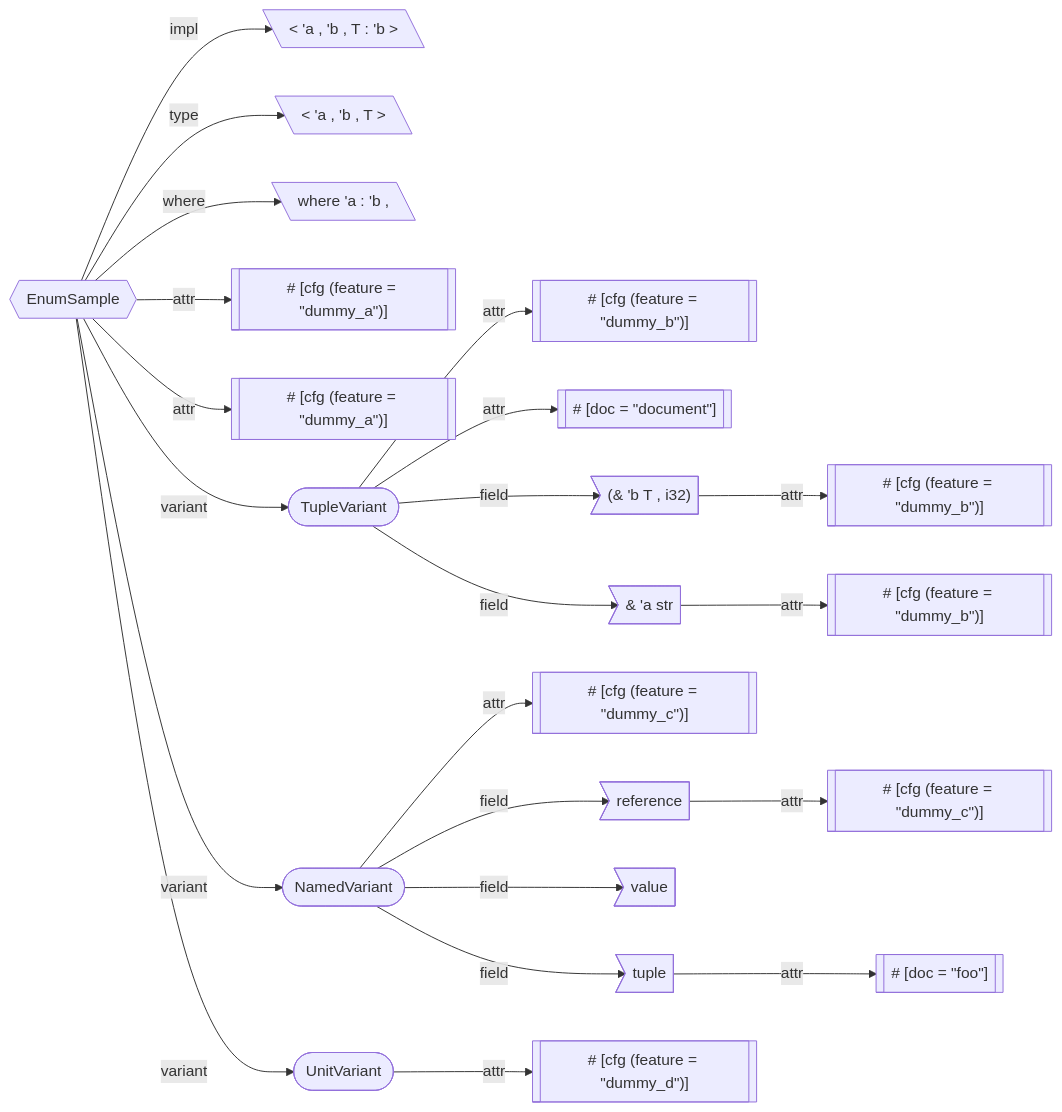
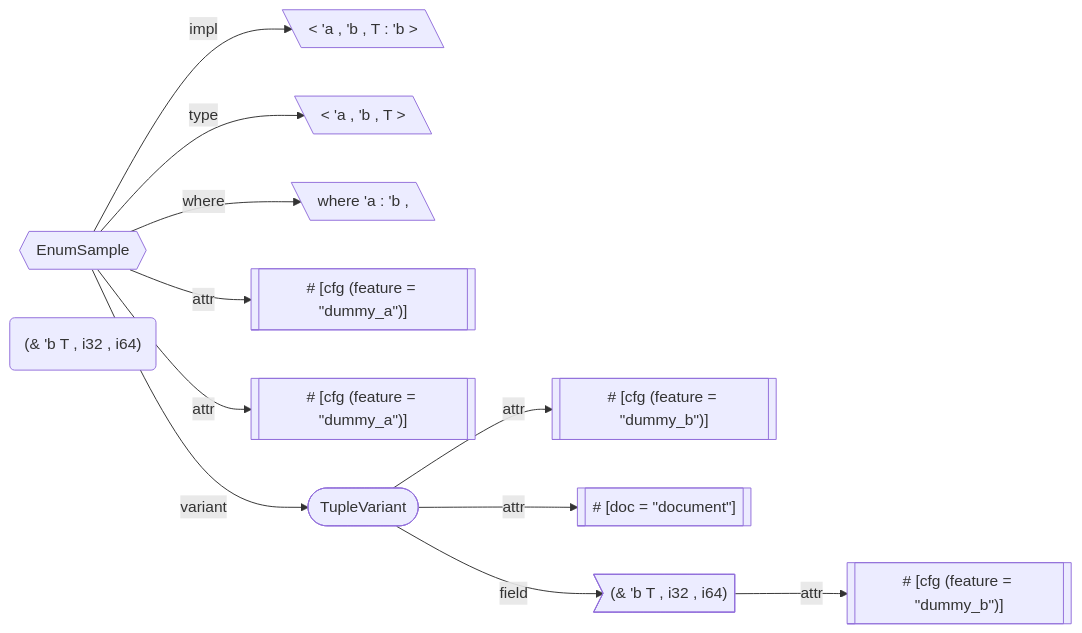
Before and after one commit to Tokeiya/proc_macro_survey: the diagram in output.mmd, drawn with Mermaid. The commit also changed 2 other files, not shown here.

Commit message:
Extend `playground`: update `TupleVariant` to include `i64` field, adjust flowchart generation to reflect updated variant structure.

```diff
--- a/output.mmd
+++ b/output.mmd
@@ -1,47 +1,26 @@
 ---
 title:enum
 ---
 flowchart LR
-	21@{ shape: stadium,label: "UnitVariant" }
-	10@{ shape: odd,label: "(& 'b T , i32)" }
+	7@{ shape: stadium,label: "TupleVariant" }
 	1@{ shape: hexagon,label: "EnumSample" }
+	10@{ shape: odd,label: "(& 'b T , i32 , i64)" }
 	3@{ shape: lean-l,label: "< 'a , 'b , T >" }
+	4@{ shape: lean-l,label: "where 'a : 'b ," }
+	6@{ shape: subroutine,label: "#35; [cfg (feature = \"dummy_a\")]" }
+	5@{ shape: subroutine,label: "#35; [cfg (feature = \"dummy_a\")]" }
+	2@{ shape: lean-l,label: "< 'a , 'b , T : 'b >" }
+	8@{ shape: subroutine,label: "#35; [cfg (feature = \"dummy_b\")]" }
+	13@{ shape: rounded,label: "(& 'b T , i32 , i64)" }
 	9@{ shape: subroutine,label: "#35; [doc = \"document\"]" }
-	13@{ shape: subroutine,label: "#35; [cfg (feature = \"dummy_b\")]" }
-	16@{ shape: odd,label: "reference" }
-	19@{ shape: odd,label: "tuple" }
-	22@{ shape: subroutine,label: "#35; [cfg (feature = \"dummy_d\")]" }
-	5@{ shape: subroutine,label: "#35; [cfg (feature = \"dummy_a\")]" }
-	6@{ shape: subroutine,label: "#35; [cfg (feature = \"dummy_a\")]" }
-	4@{ shape: lean-l,label: "where 'a : 'b ," }
-	7@{ shape: stadium,label: "TupleVariant" }
-	8@{ shape: subroutine,label: "#35; [cfg (feature = \"dummy_b\")]" }
-	15@{ shape: subroutine,label: "#35; [cfg (feature = \"dummy_c\")]" }
-	17@{ shape: subroutine,label: "#35; [cfg (feature = \"dummy_c\")]" }
-	20@{ shape: subroutine,label: "#35; [doc = \"foo\"]" }
-	2@{ shape: lean-l,label: "< 'a , 'b , T : 'b >" }
-	12@{ shape: odd,label: "& 'a str" }
-	14@{ shape: stadium,label: "NamedVariant" }
-	18@{ shape: odd,label: "value" }
 	11@{ shape: subroutine,label: "#35; [cfg (feature = \"dummy_b\")]" }
 	1 -- "impl" --> 2
 	1 -- "type" --> 3
 	1 -- "where" --> 4
 	1 -- "attr" --> 5
 	1 -- "attr" --> 6
 	1 -- "variant" --> 7
-	1 -- "variant" --> 14
-	1 -- "variant" --> 21
 	7 -- "attr" --> 8
 	7 -- "attr" --> 9
 	7 -- "field" --> 10
-	7 -- "field" --> 12
 	10 -- "attr" --> 11
-	12 -- "attr" --> 13
-	14 -- "attr" --> 15
-	14 -- "field" --> 16
-	14 -- "field" --> 18
-	14 -- "field" --> 19
-	16 -- "attr" --> 17
-	19 -- "attr" --> 20
-	21 -- "attr" --> 22
```
